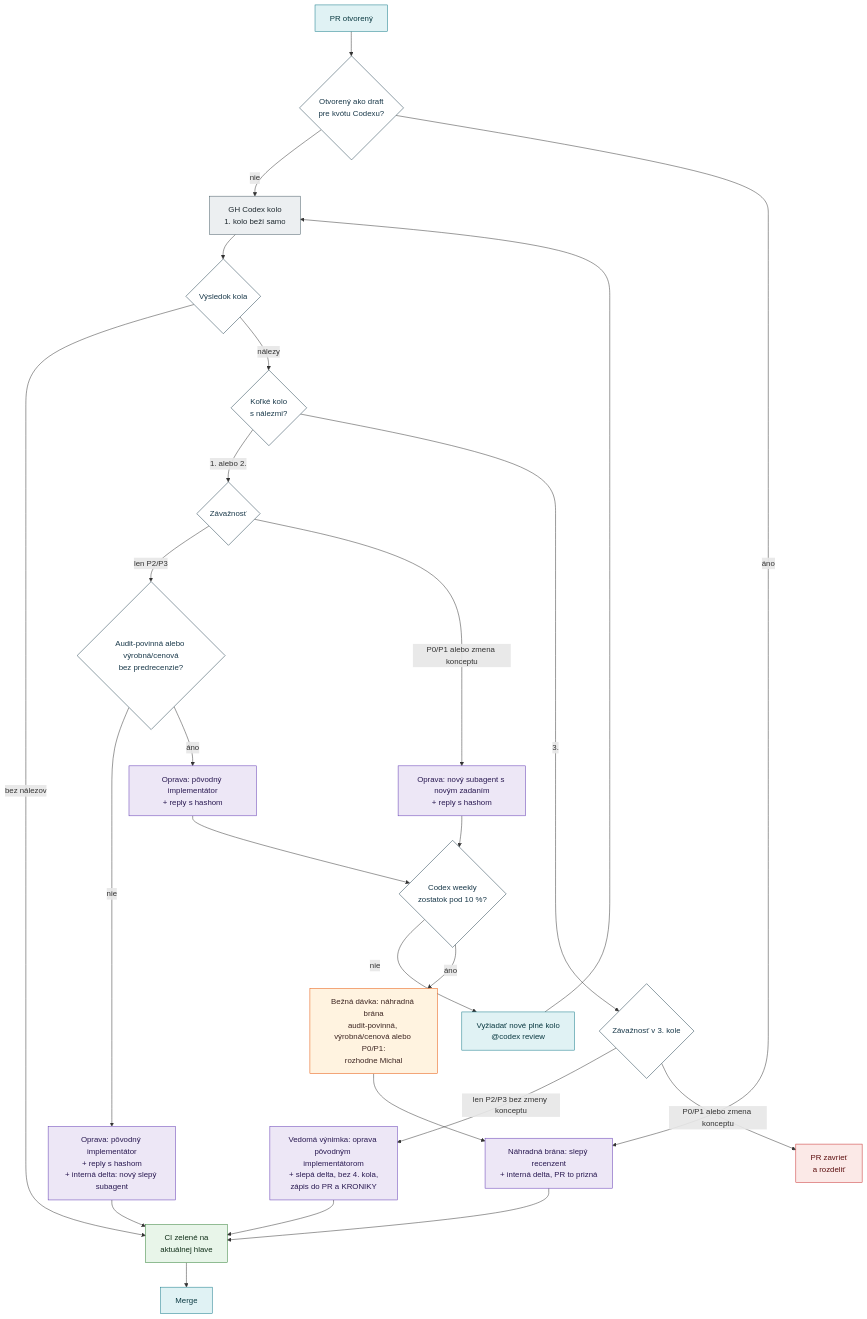
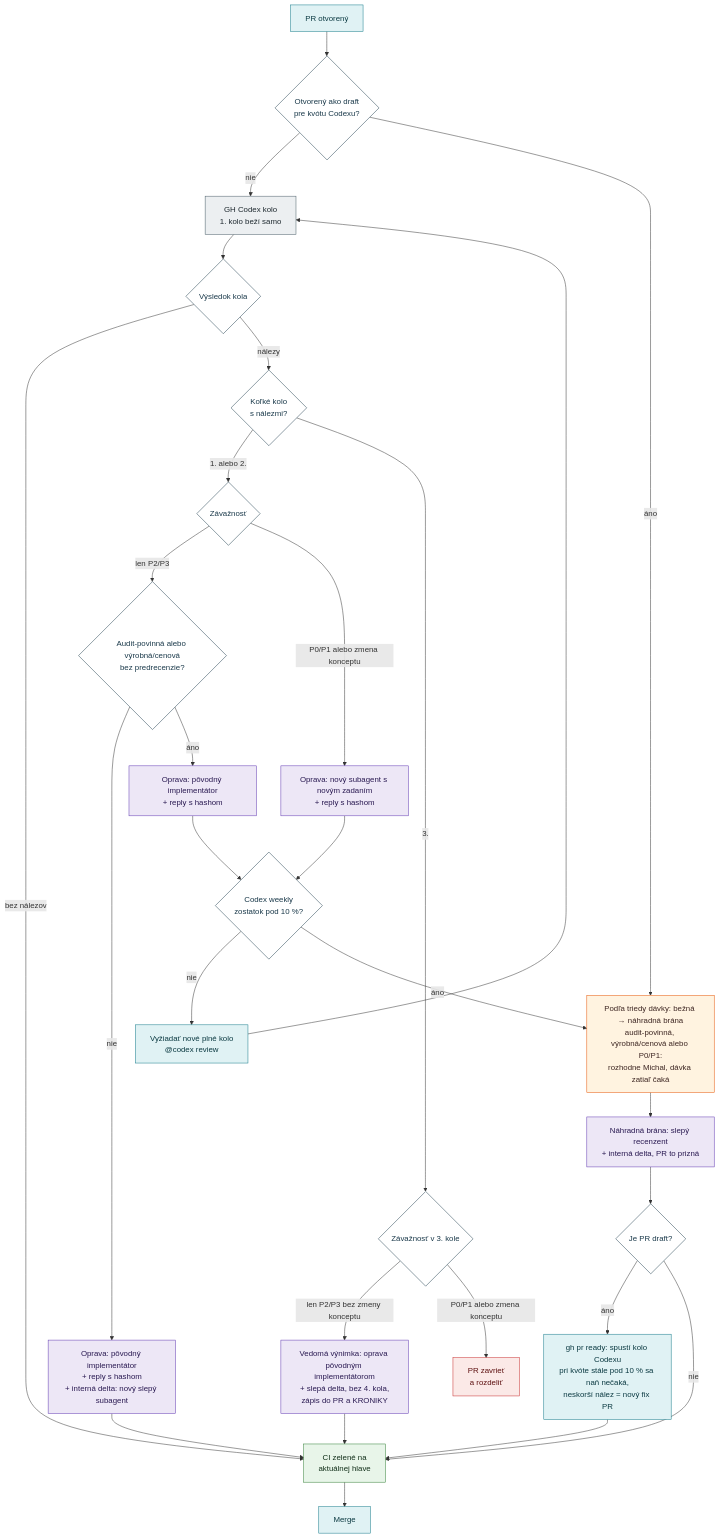
The third of 3 diagrams in SYSTEM/WORKFLOW.md (michalmoronga-alt/noxun-panel), drawn with Mermaid before and after one commit. The commit also changed other lines of this file and 5 other files, not shown here.

````diff
--- a/SYSTEM/WORKFLOW.md
+++ b/SYSTEM/WORKFLOW.md
@@ -181,53 +193,58 @@
 ```mermaid
 flowchart TD
   P["PR otvorený"]:::orch
   DR{"Otvorený ako draft<br/>pre kvótu Codexu?"}:::gate
   R["GH Codex kolo<br/>1. kolo beží samo"]:::ext
   NB["Náhradná brána: slepý recenzent<br/>+ interná delta, PR to prizná"]:::sub
+  DD{"Je PR draft?"}:::gate
+  GR["gh pr ready: spustí kolo Codexu<br/>pri kvóte stále pod 10 % sa naň nečaká,<br/>neskorší nález = nový fix PR"]:::orch
   CI["CI zelené na<br/>aktuálnej hlave"]:::auto
   MG["Merge"]:::orch
   V{"Výsledok kola"}:::gate
   C{"Koľké kolo<br/>s nálezmi?"}:::gate
   SV{"Závažnosť"}:::gate
   T{"Audit-povinná alebo výrobná/cenová<br/>bez predrecenzie?"}:::gate
   D["Oprava: pôvodný implementátor<br/>+ reply s hashom<br/>+ interná delta: nový slepý subagent"]:::sub
   F1["Oprava: pôvodný implementátor<br/>+ reply s hashom"]:::sub
   F0["Oprava: nový subagent s novým zadaním<br/>+ reply s hashom"]:::sub
   K{"Codex weekly<br/>zostatok pod 10 %?"}:::gate
   RQ["Vyžiadať nové plné kolo<br/>@codex review"]:::orch
-  MQ["Bežná dávka: náhradná brána<br/>audit-povinná, výrobná/cenová alebo P0/P1:<br/>rozhodne Michal"]:::michal
+  MQ["Podľa triedy dávky: bežná → náhradná brána<br/>audit-povinná, výrobná/cenová alebo P0/P1:<br/>rozhodne Michal, dávka zatiaľ čaká"]:::michal
   S3{"Závažnosť v 3. kole"}:::gate
   X["Vedomá výnimka: oprava pôvodným implementátorom<br/>+ slepá delta, bez 4. kola,<br/>zápis do PR a KRONIKY"]:::sub
   SPLIT["PR zavrieť<br/>a rozdeliť"]:::danger
   P --> DR
   DR -->|"nie"| R
-  DR -->|"áno"| NB
-  NB --> CI
+  DR -->|"áno"| MQ
+  NB --> DD
+  DD -->|"áno"| GR
+  GR --> CI
+  DD -->|"nie"| CI
   CI --> MG
   R --> V
   V -->|"bez nálezov"| CI
   V -->|"nálezy"| C
   C -->|"1. alebo 2."| SV
   SV -->|"len P2/P3"| T
   T -->|"nie"| D
   D --> CI
   T -->|"áno"| F1
   SV -->|"P0/P1 alebo zmena konceptu"| F0
   F1 --> K
   F0 --> K
   K -->|"nie"| RQ
   RQ --> R
   K -->|"áno"| MQ
   MQ --> NB
   C -->|"3."| S3
   S3 -->|"len P2/P3 bez zmeny konceptu"| X
   X --> CI
   S3 -->|"P0/P1 alebo zmena konceptu"| SPLIT
   classDef michal fill:#fff3e0,stroke:#e65100,color:#3e2723
   classDef orch fill:#e0f2f4,stroke:#107787,color:#0b3a42
   classDef sub fill:#ede7f6,stroke:#5e35b1,color:#2a1a52
   classDef ext fill:#eceff1,stroke:#455a64,color:#1f2a30
   classDef auto fill:#e8f5e9,stroke:#2e7d32,color:#12301a
   classDef gate fill:#ffffff,stroke:#1b3a4b,color:#1b3a4b
   classDef danger fill:#fbe9e7,stroke:#c62828,color:#5d1010
 ```
````
